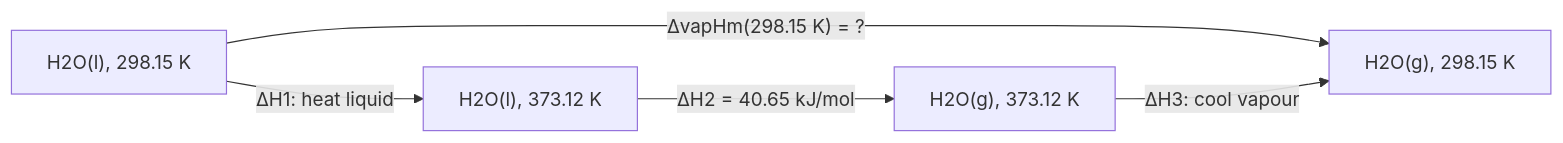
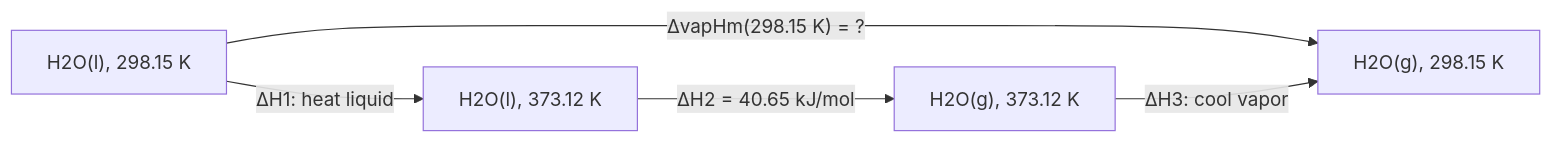
Before and after one commit to zf-li23/personal-wiki-site: the first of 2 diagrams in content/6.chemistry/6.3.physical-chemistry/6.3.1.first-law-applications/index.en.md, drawn with Mermaid. The commit also changed other lines of this file and 382 other files, not shown here.

Commit message:
Sitewide terminology: 根足虫类 for Rhizaria, 短尾乌贼/枪乌贼/鱿鱼 by animal, 节点 for nodes, US spelling, Gram-positive/negative, 变构, 电子分叉, field for 数域 in 2.1, descriptive figure references; 锐滴虫, 满月蛤科; glossary updated

````diff
--- a/content/6.chemistry/6.3.physical-chemistry/6.3.1.first-law-applications/index.en.md
+++ b/content/6.chemistry/6.3.physical-chemistry/6.3.1.first-law-applications/index.en.md
@@ -448,7 +448,7 @@
 ```mermaid
 flowchart LR
   A["H2O(l), 298.15 K"] -->|"ΔvapHm(298.15 K) = ?"| D["H2O(g), 298.15 K"]
   A -->|"ΔH1: heat liquid"| B["H2O(l), 373.12 K"]
   B -->|"ΔH2 = 40.65 kJ/mol"| C["H2O(g), 373.12 K"]
-  C -->|"ΔH3: cool vapour"| D
+  C -->|"ΔH3: cool vapor"| D
 ```
````
